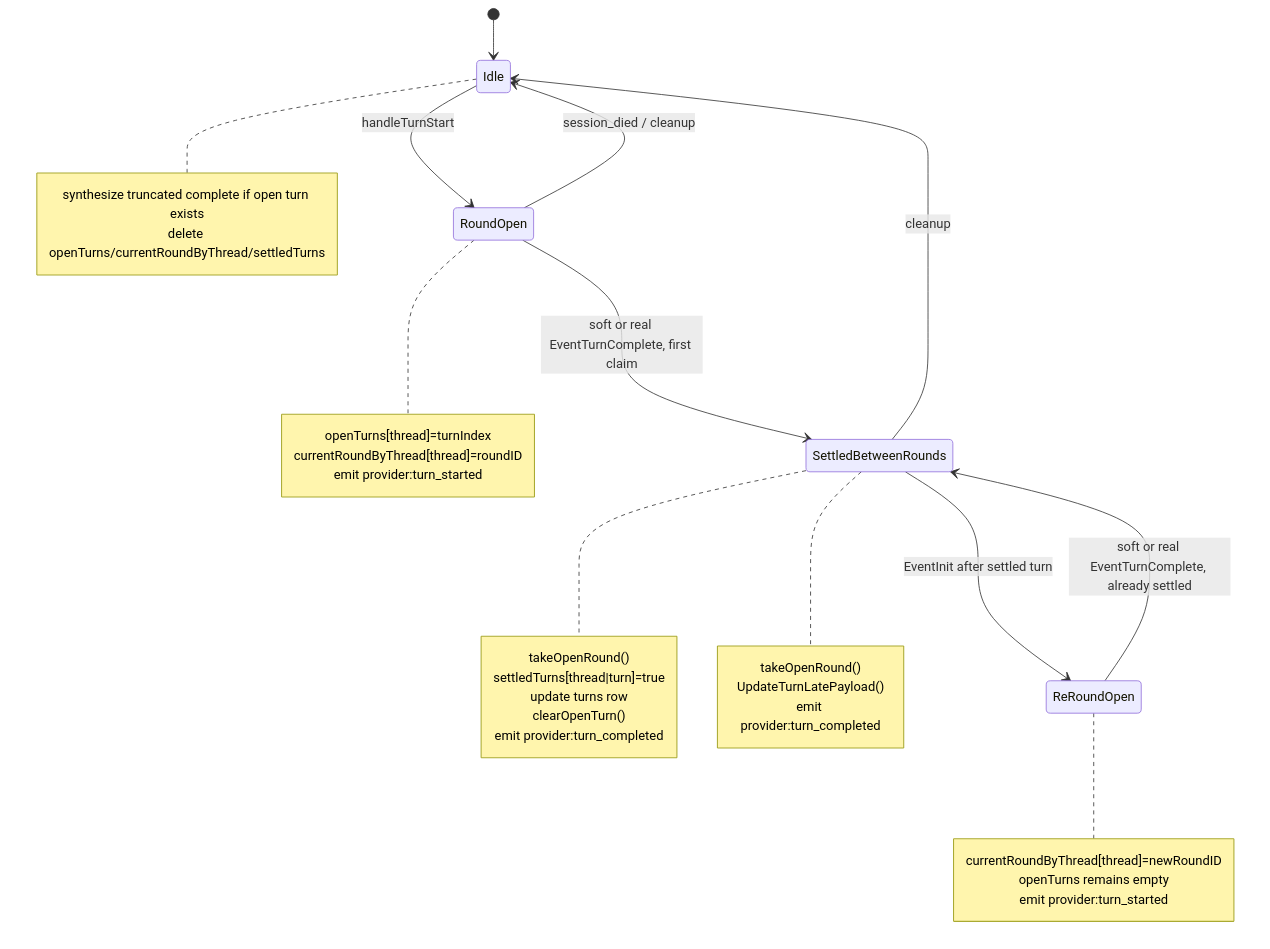
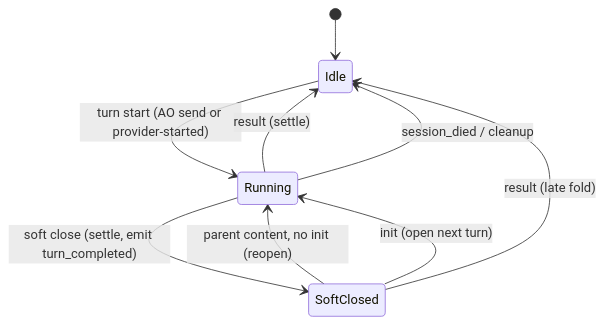
The diagram in docs/architecture/turn-lifecycle.md (randalmurphal/agent-overflow), drawn with Mermaid before and after one commit. The commit also changed other lines of this file and 45 other files, not shown here.

````diff
--- a/docs/architecture/turn-lifecycle.md
+++ b/docs/architecture/turn-lifecycle.md
@@ -705,42 +693,11 @@
 ```mermaid
 stateDiagram-v2
     [*] --> Idle
-
-    Idle --> RoundOpen: handleTurnStart
-    note right of RoundOpen
-      openTurns[thread]=turnIndex
-      currentRoundByThread[thread]=roundID
-      emit provider:turn_started
-    end note
-
-    RoundOpen --> SettledBetweenRounds: soft or real EventTurnComplete, first claim
-    note right of SettledBetweenRounds
-      takeOpenRound()
-      settledTurns[thread|turn]=true
-      update turns row
-      clearOpenTurn()
-      emit provider:turn_completed
-    end note
-
-    SettledBetweenRounds --> ReRoundOpen: EventInit after settled turn
-    note right of ReRoundOpen
-      currentRoundByThread[thread]=newRoundID
-      openTurns remains empty
-      emit provider:turn_started
-    end note
-
-    ReRoundOpen --> SettledBetweenRounds: soft or real EventTurnComplete, already settled
-    note right of SettledBetweenRounds
-      takeOpenRound()
-      UpdateTurnLatePayload()
-      emit provider:turn_completed
-    end note
-
-    RoundOpen --> Idle: session_died / cleanup
-    note right of Idle
-      synthesize truncated complete if open turn exists
-      delete openTurns/currentRoundByThread/settledTurns
-    end note
-
-    SettledBetweenRounds --> Idle: cleanup
+    Idle --> Running: turn start (AO send or provider-started)
+    Running --> SoftClosed: soft close (settle, emit turn_completed)
+    SoftClosed --> Running: parent content, no init (reopen)
+    SoftClosed --> Running: init (open next turn)
+    SoftClosed --> Idle: result (late fold)
+    Running --> Idle: result (settle)
+    Running --> Idle: session_died / cleanup
 ```
````
